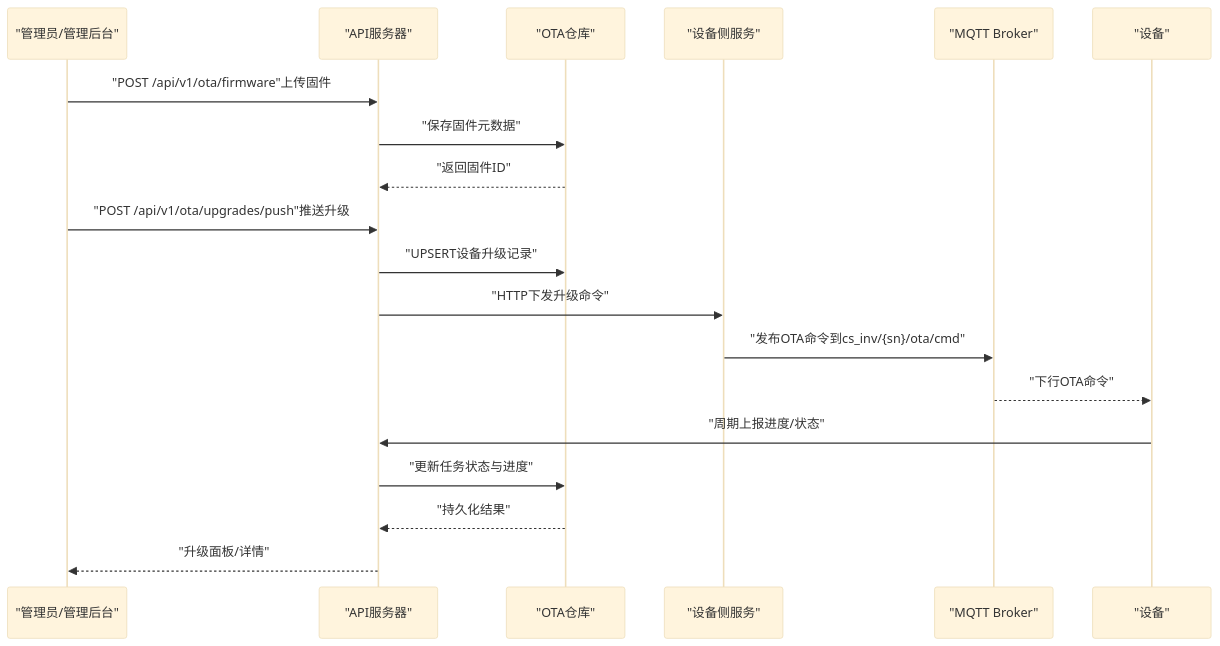
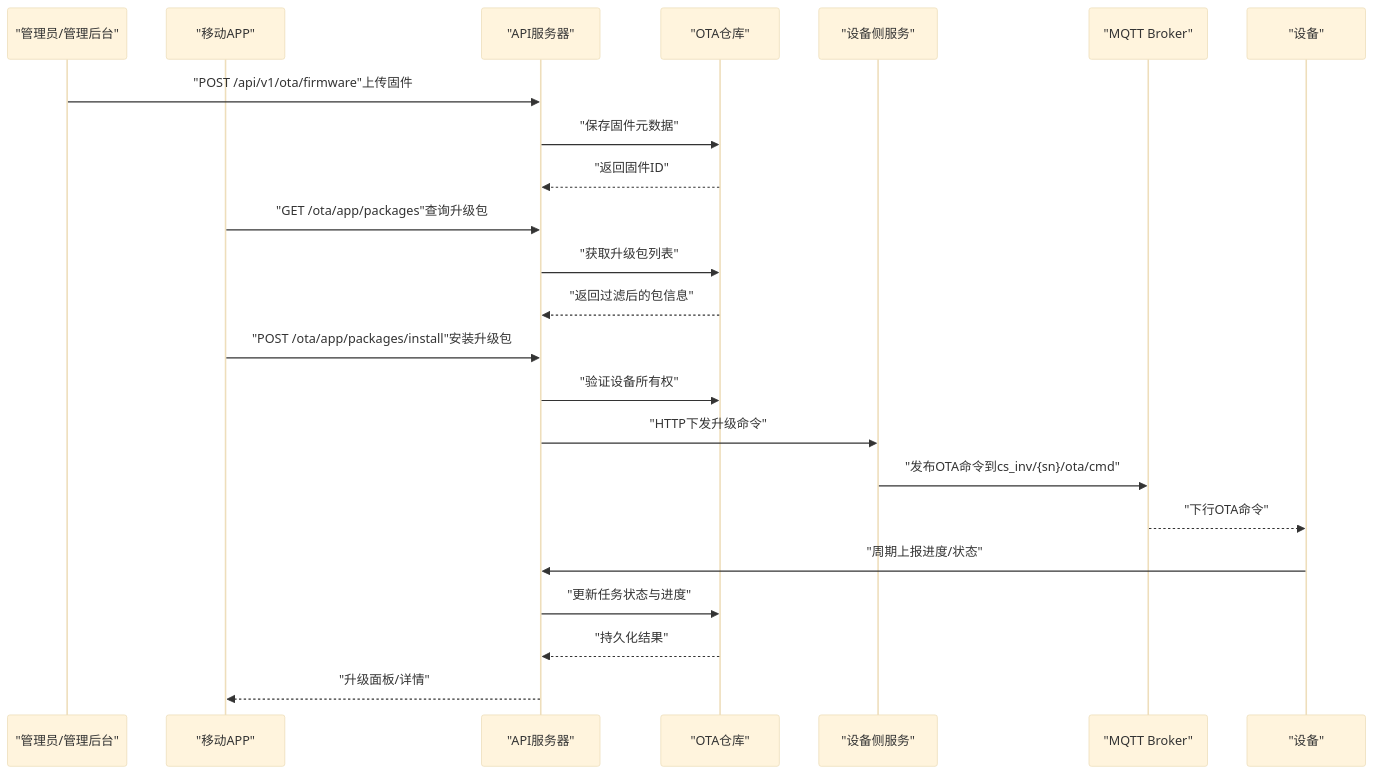
Before and after one commit to mcmrzy/cs_inv_monitor-develop: the second of 9 diagrams in .qoder/repowiki/zh/content/API参考文档/OTA升级API.md, drawn with Mermaid (base theme). The commit also changed other lines of this file and 12 other files, not shown here.

````diff
--- a/.qoder/repowiki/zh/content/API参考文档/OTA升级API.md
+++ b/.qoder/repowiki/zh/content/API参考文档/OTA升级API.md
@@ -95,21 +96,25 @@
 ```mermaid
 sequenceDiagram
 participant Admin as "管理员/管理后台"
+participant App as "移动APP"
 participant API as "API服务器"
 participant Repo as "OTA仓库"
 participant DevSvc as "设备侧服务"
 participant MQTT as "MQTT Broker"
 participant Device as "设备"
 Admin->>API : "POST /api/v1/ota/firmware"上传固件
 API->>Repo : "保存固件元数据"
 Repo-->>API : "返回固件ID"
-Admin->>API : "POST /api/v1/ota/upgrades/push"推送升级
-API->>Repo : "UPSERT设备升级记录"
+App->>API : "GET /ota/app/packages"查询升级包
+API->>Repo : "获取升级包列表"
+Repo-->>API : "返回过滤后的包信息"
+App->>API : "POST /ota/app/packages/install"安装升级包
+API->>Repo : "验证设备所有权"
 API->>DevSvc : "HTTP下发升级命令"
 DevSvc->>MQTT : "发布OTA命令到cs_inv/{sn}/ota/cmd"
 MQTT-->>Device : "下行OTA命令"
 Device->>API : "周期上报进度/状态"
 API->>Repo : "更新任务状态与进度"
 Repo-->>API : "持久化结果"
-API-->>Admin : "升级面板/详情"
+API-->>App : "升级面板/详情"
 ```
````
